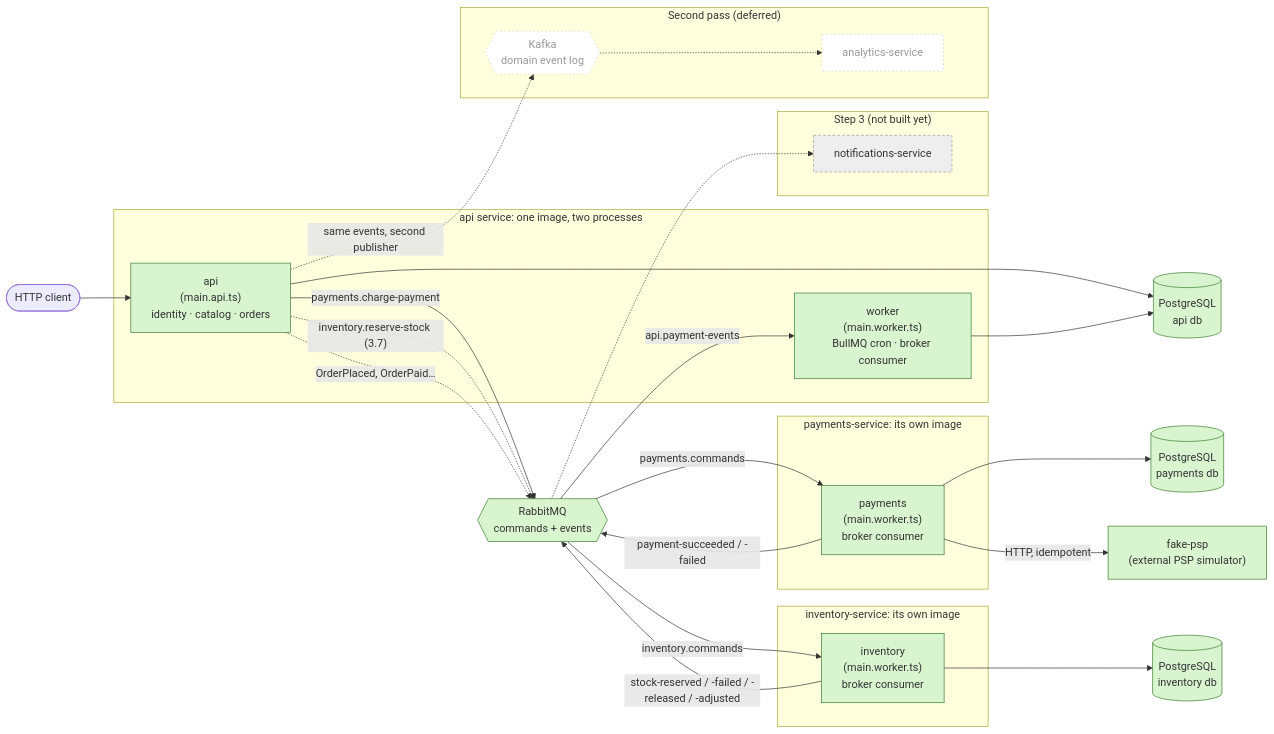
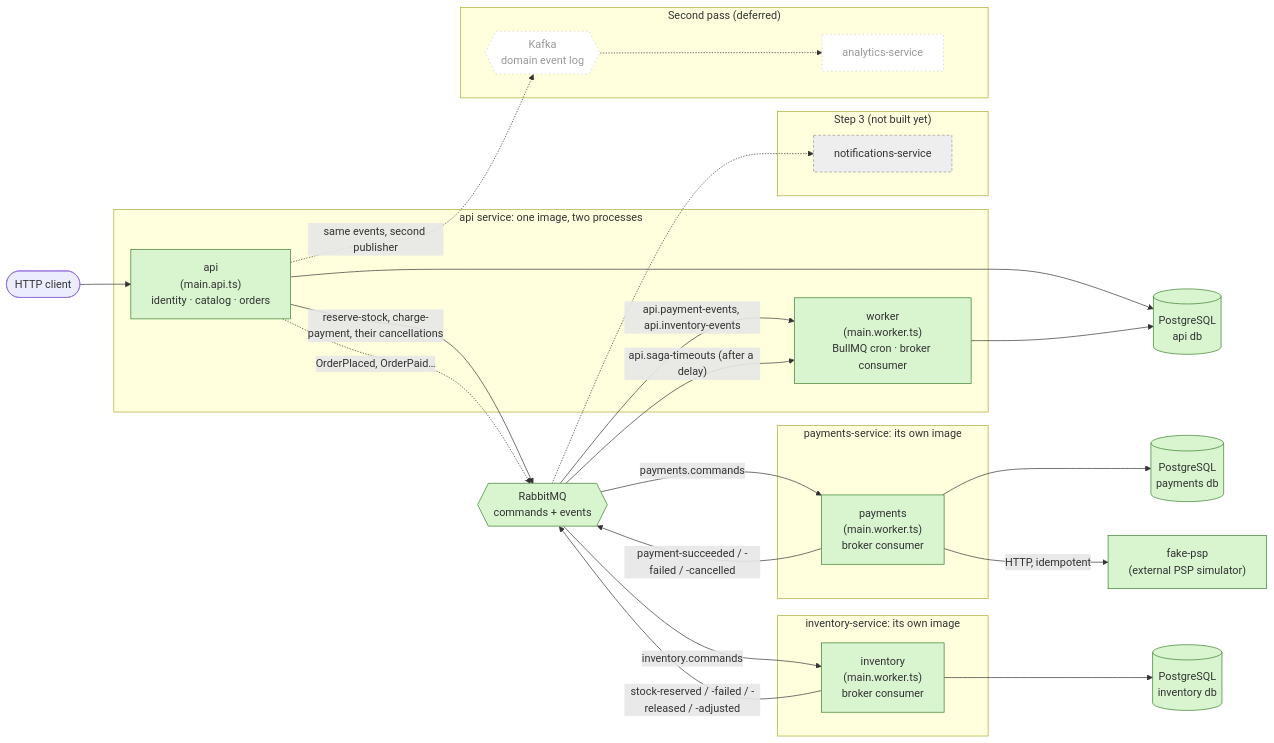
One commit to KarpAAA/order-management changed the first of 6 diagrams in docs/architecture.md. Above: the diagram before and after it, drawn with Mermaid. The commit also changed other lines of this file and 5 other files, not shown here.

````diff
--- a/docs/architecture.md
+++ b/docs/architecture.md
@@ -8,53 +8,53 @@
 ```mermaid
 flowchart LR
   client([HTTP client]) --> api
 
   subgraph apiSvc["api service: one image, two processes"]
     api["api<br/>(main.api.ts)<br/>identity · catalog · orders"]
     worker["worker<br/>(main.worker.ts)<br/>BullMQ cron · broker consumer"]
   end
 
   subgraph paySvc["payments-service: its own image"]
     payments["payments<br/>(main.worker.ts)<br/>broker consumer"]
   end
 
   rabbit{{RabbitMQ<br/>commands + events}}
 
   api --> pg[("PostgreSQL<br/>api db")]
   worker --> pg
-  api -- "payments.charge-payment" --> rabbit
+  api -- "reserve-stock, charge-payment, their cancellations" --> rabbit
   rabbit -- "payments.commands" --> payments
-  payments -- "payment-succeeded / -failed" --> rabbit
-  rabbit -- "api.payment-events" --> worker
+  payments -- "payment-succeeded / -failed / -cancelled" --> rabbit
+  rabbit -- "api.payment-events, api.inventory-events" --> worker
+  rabbit -- "api.saga-timeouts (after a delay)" --> worker
   payments --> paydb[("PostgreSQL<br/>payments db")]
   payments -- "HTTP, idempotent" --> psp["fake-psp<br/>(external PSP simulator)"]
 
   subgraph invSvc["inventory-service: its own image"]
     inventory["inventory<br/>(main.worker.ts)<br/>broker consumer"]
   end
 
   subgraph later["Step 3 (not built yet)"]
     notifications["notifications-service"]
   end
 
   subgraph second["Second pass (deferred)"]
     analytics["analytics-service"]
     kafka{{Kafka<br/>domain event log}}
   end
 
   rabbit -- "inventory.commands" --> inventory
   inventory -- "stock-reserved / -failed / -released / -adjusted" --> rabbit
   inventory --> invdb[("PostgreSQL<br/>inventory db")]
-  api -. "inventory.reserve-stock (3.7)" .-> rabbit
   api -. "OrderPlaced, OrderPaid…" .-> rabbit
   rabbit -.-> notifications
   api -. "same events, second publisher" .-> kafka
   kafka -.-> analytics
 
   classDef built fill:#d8f5d0,stroke:#3a7d2c;
   classDef future fill:#eee,stroke:#999,stroke-dasharray: 4 3;
   classDef deferred fill:#fff,stroke:#ccc,stroke-dasharray: 2 4,color:#999;
   class api,worker,pg,psp,payments,paydb,rabbit,inventory,invdb built;
   class notifications future;
   class analytics,kafka deferred;
 ```
````
